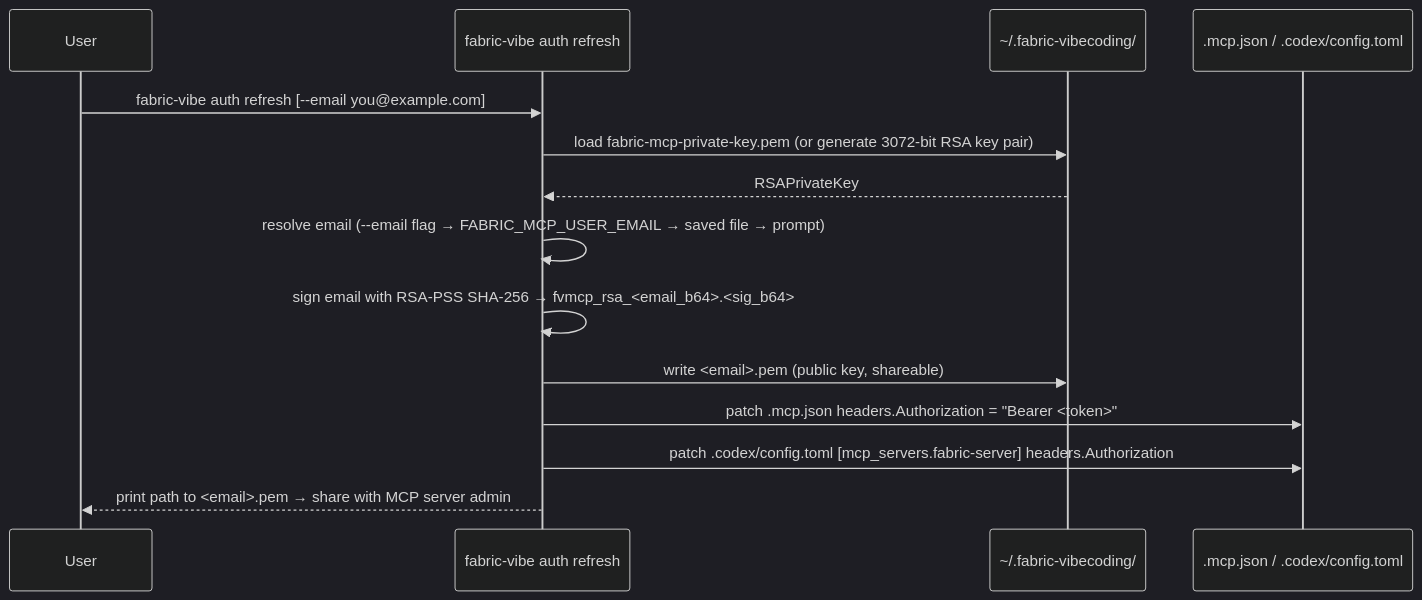
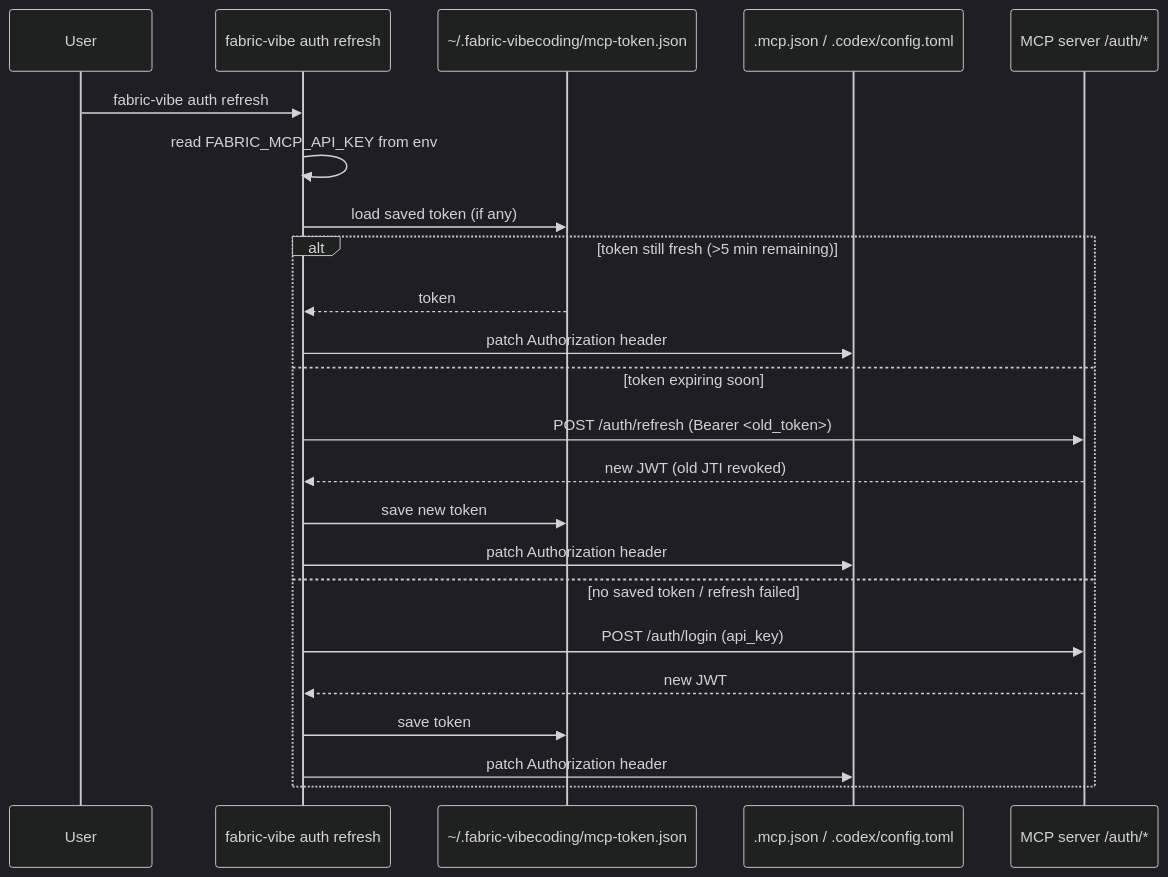
Before and after one commit to scardoso-lu/fabric-skills-settings: the first of 2 diagrams in docs/mcp-auth-flow.md, drawn with Mermaid (dark theme). The commit also changed other lines of this file and 13 other files, not shown here.

First line of the commit message:
feat: replace RSA signed-email auth with API-key + JWT flow

````diff
--- a/docs/mcp-auth-flow.md
+++ b/docs/mcp-auth-flow.md
@@ -35,17 +57,26 @@
 ```mermaid
 sequenceDiagram
     participant User
     participant CLI as fabric-vibe auth refresh
-    participant FS as ~/.fabric-vibecoding/
+    participant FS as ~/.fabric-vibecoding/mcp-token.json
     participant CFG as .mcp.json / .codex/config.toml
+    participant Srv as MCP server /auth/*
 
-    User->>CLI: fabric-vibe auth refresh [--email you@example.com]
-    CLI->>FS: load fabric-mcp-private-key.pem (or generate 3072-bit RSA key pair)
-    FS-->>CLI: RSAPrivateKey
-    CLI->>CLI: resolve email (--email flag → FABRIC_MCP_USER_EMAIL → saved file → prompt)
-    CLI->>CLI: sign email with RSA-PSS SHA-256 → fvmcp_rsa_<email_b64>.<sig_b64>
-    CLI->>FS: write <email>.pem (public key, shareable)
-    CLI->>CFG: patch .mcp.json headers.Authorization = "Bearer <token>"
-    CLI->>CFG: patch .codex/config.toml [mcp_servers.fabric-server] headers.Authorization
-    CLI-->>User: print path to <email>.pem → share with MCP server admin
+    User->>CLI: fabric-vibe auth refresh
+    CLI->>CLI: read FABRIC_MCP_API_KEY from env
+    CLI->>FS: load saved token (if any)
+    alt token still fresh (>5 min remaining)
+        FS-->>CLI: token
+        CLI->>CFG: patch Authorization header
+    else token expiring soon
+        CLI->>Srv: POST /auth/refresh (Bearer <old_token>)
+        Srv-->>CLI: new JWT (old JTI revoked)
+        CLI->>FS: save new token
+        CLI->>CFG: patch Authorization header
+    else no saved token / refresh failed
+        CLI->>Srv: POST /auth/login (api_key)
+        Srv-->>CLI: new JWT
+        CLI->>FS: save token
+        CLI->>CFG: patch Authorization header
+    end
 ```
````
